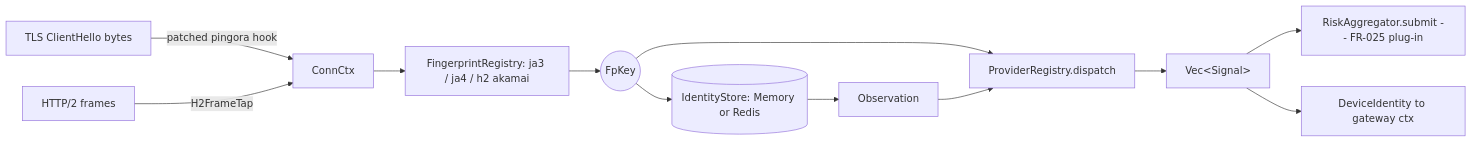
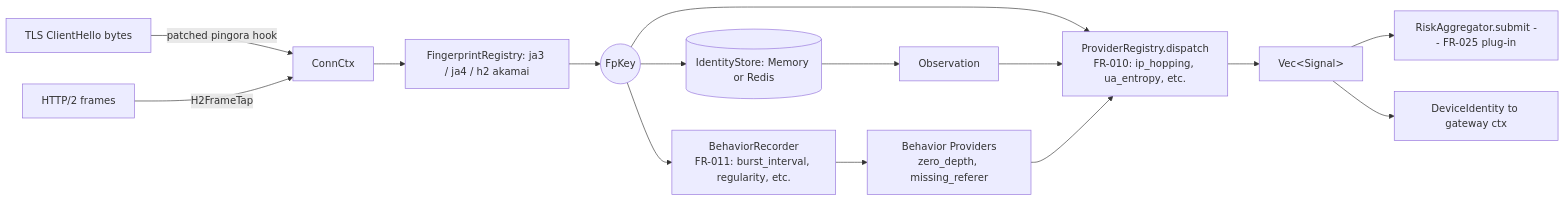
Before and after one commit to future-and-go/mini-waf: the diagram in docs/system-architecture.md, drawn with Mermaid. The commit also changed other lines of this file and 13 other files, not shown here.

````diff
--- a/docs/system-architecture.md
+++ b/docs/system-architecture.md
@@ -152,14 +152,17 @@
 ```mermaid
 flowchart LR
     CH[TLS ClientHello bytes] -->|patched pingora hook| Cap[ConnCtx]
     H2[HTTP/2 frames] -->|H2FrameTap| Cap
     Cap --> FP[FingerprintRegistry: ja3 / ja4 / h2 akamai]
     FP --> Key((FpKey))
     Key --> Store[(IdentityStore: Memory or Redis)]
     Store --> Obs[Observation]
-    Key --> Disp[ProviderRegistry.dispatch]
+    Key --> Disp[ProviderRegistry.dispatch<br/>FR-010: ip_hopping, ua_entropy, etc.]
     Obs --> Disp
+    Key --> BRec[BehaviorRecorder<br/>FR-011: burst_interval, regularity, etc.]
+    BRec --> BProv[Behavior Providers<br/>zero_depth, missing_referer]
+    BProv --> Disp
     Disp --> Sigs[Vec&lt;Signal&gt;]
     Sigs --> Agg[RiskAggregator.submit -- FR-025 plug-in]
     Sigs --> Out[DeviceIdentity to gateway ctx]
 ```
````
